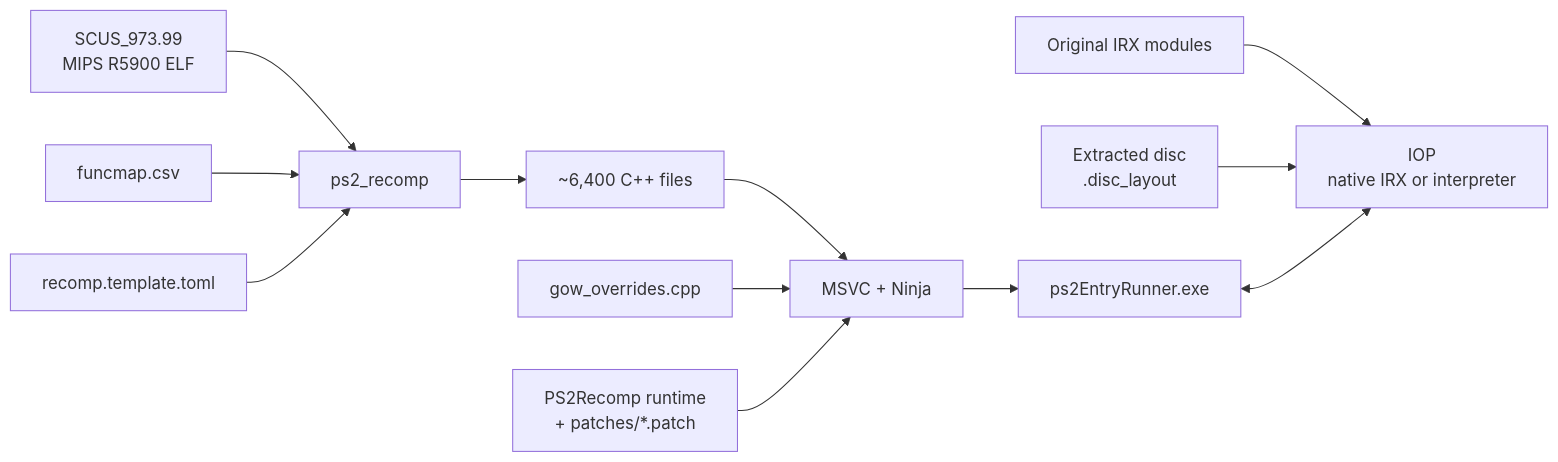
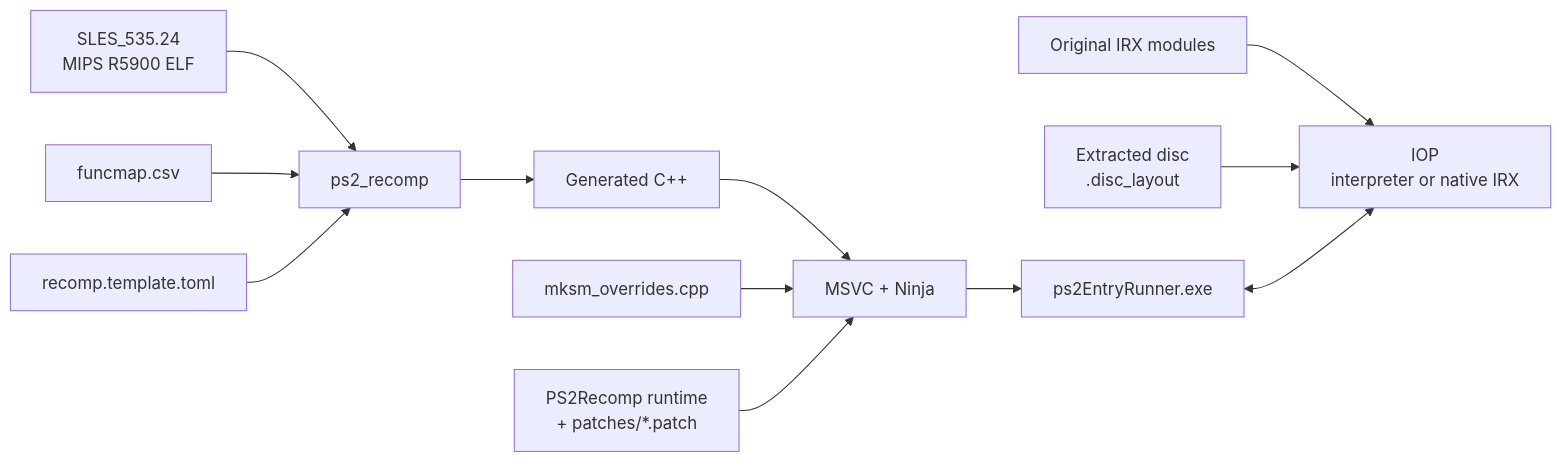
Before and after one commit to joaodvalexandre/mksm-ps2-recomp: the diagram in README.md, drawn with Mermaid. The commit also changed other lines of this file and 268 other files, not shown here.

````diff
--- a/README.md
+++ b/README.md
@@ -213,14 +192,14 @@
 ```mermaid
 flowchart LR
-    A[SCUS_973.99<br/>MIPS R5900 ELF] --> B[ps2_recomp]
+    A[SLES_535.24<br/>MIPS R5900 ELF] --> B[ps2_recomp]
     M[funcmap.csv] --> B
     C[recomp.template.toml] --> B
-    B --> D[~6,400 C++ files]
+    B --> D[Generated C++]
     D --> E[MSVC + Ninja]
-    O[gow_overrides.cpp] --> E
+    O[mksm_overrides.cpp] --> E
     P["PS2Recomp runtime<br/>+ patches/*.patch"] --> E
     E --> F[ps2EntryRunner.exe]
-    I[Original IRX modules] --> G[IOP<br/>native IRX or interpreter]
+    I[Original IRX modules] --> G[IOP<br/>interpreter or native IRX]
     ISO["Extracted disc<br/>.disc_layout"] --> G
     F <--> G
 ```
````
